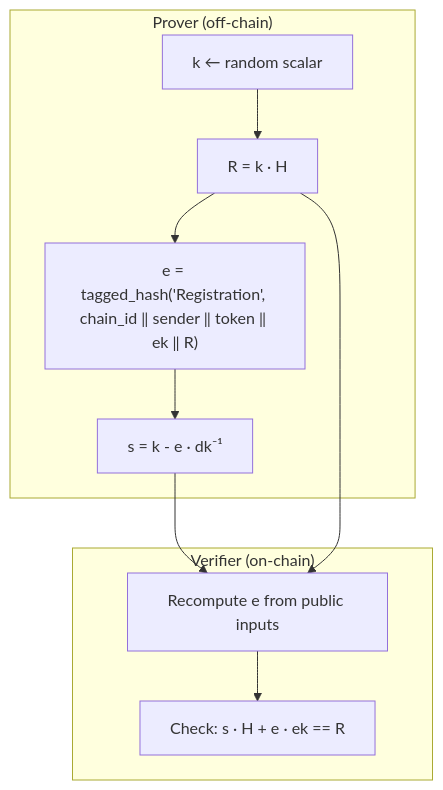
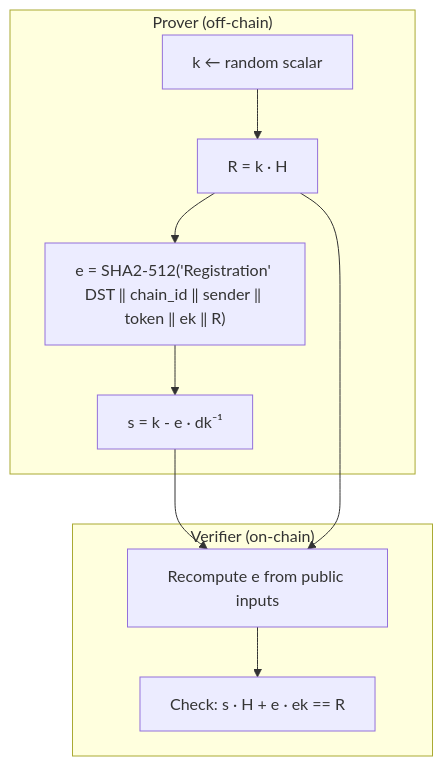
One commit to movement-network/aptos-core changed diagram 13 of 15 in aptos-move/framework/aptos-experimental/whitepaper.md. Above: the diagram before and after it, drawn with Mermaid. The commit also changed other lines of this file and 43 other files, not shown here.

Commit message:
remove sha3 512 / BIP-340 tagged hashing

````diff
--- a/aptos-move/framework/aptos-experimental/whitepaper.md
+++ b/aptos-move/framework/aptos-experimental/whitepaper.md
@@ -489,17 +489,17 @@
 ```mermaid
 flowchart TB
     subgraph "Prover (off-chain)"
         K["k ← random scalar"]
         R["R = k · H"]
-        E["e = tagged_hash('Registration', chain_id ‖ sender ‖ token ‖ ek ‖ R)"]
+        E["e = SHA2-512('Registration' DST ‖ chain_id ‖ sender ‖ token ‖ ek ‖ R)"]
         S["s = k - e · dk⁻¹"]
         K --> R --> E --> S
     end
     subgraph "Verifier (on-chain)"
         E2["Recompute e from public inputs"]
         CHECK["Check: s · H + e · ek == R"]
         E2 --> CHECK
     end
     S --> E2
     R --> E2
 ```
````
